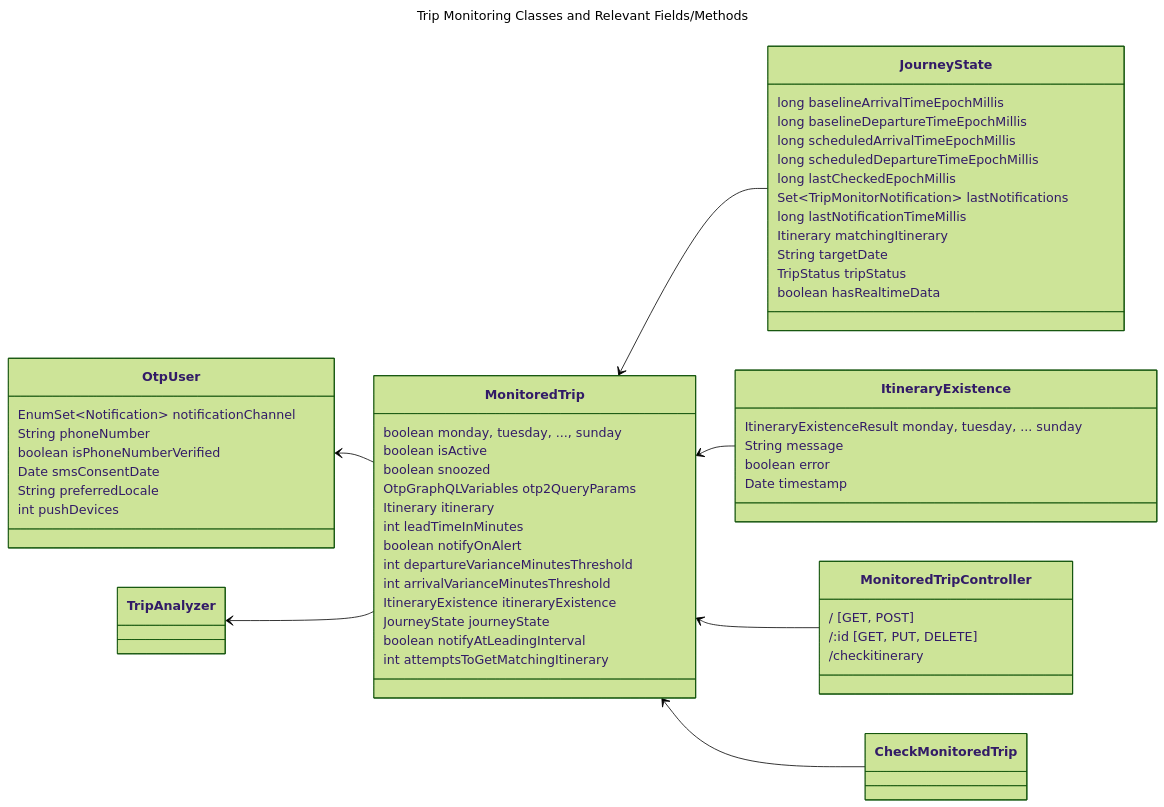
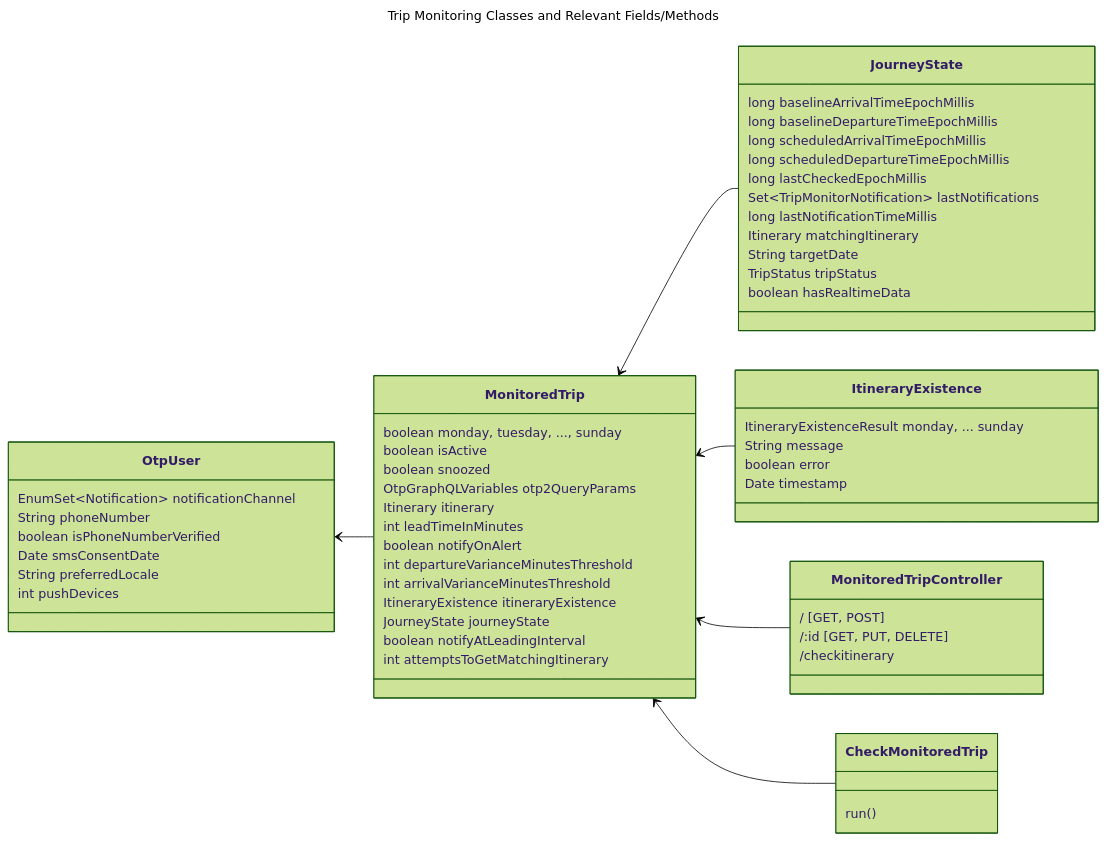
Before and after one commit to ibi-group/otp-middleware: the first of 4 diagrams in docs/trip-monitoring.md, drawn with Mermaid (forest theme). The commit also changed other lines of this file, not shown here.

Commit message:
docs(trip-monitoring): Improve CheckMonitorTrip section [skip ci]

````diff
--- a/docs/trip-monitoring.md
+++ b/docs/trip-monitoring.md
@@ -15,61 +15,63 @@
 ```mermaid
 ---
 title: Trip Monitoring Classes and Relevant Fields/Methods
 ---
 classDiagram
     direction RL
     class OtpUser {
         EnumSet~Notification~ notificationChannel
         String phoneNumber
         boolean isPhoneNumberVerified
         Date smsConsentDate
         String preferredLocale
         int pushDevices
     }
     class MonitoredTrip {
         boolean monday, tuesday, ..., sunday
         boolean isActive
         boolean snoozed
         OtpGraphQLVariables otp2QueryParams
         Itinerary itinerary
         int leadTimeInMinutes
         boolean notifyOnAlert
         int departureVarianceMinutesThreshold
         int arrivalVarianceMinutesThreshold
         ItineraryExistence itineraryExistence
         JourneyState journeyState
         boolean notifyAtLeadingInterval
         int attemptsToGetMatchingItinerary
     }
     class JourneyState {
         long baselineArrivalTimeEpochMillis
         long baselineDepartureTimeEpochMillis
         long scheduledArrivalTimeEpochMillis
         long scheduledDepartureTimeEpochMillis
         long lastCheckedEpochMillis
         Set~TripMonitorNotification~ lastNotifications
         long lastNotificationTimeMillis
         Itinerary matchingItinerary
         String targetDate
         TripStatus tripStatus
         boolean hasRealtimeData
     }
     class ItineraryExistence {
-        ItineraryExistenceResult monday, tuesday, ... sunday
+        ItineraryExistenceResult monday, ... sunday
         String message
         boolean error
         Date timestamp
     }
     class MonitoredTripController {
         / [GET, POST]
         /:id [GET, PUT, DELETE]
         /checkitinerary
     }
+    class CheckMonitoredTrip {
+        run()
+    }
     MonitoredTrip --> OtpUser
-    MonitoredTrip --> TripAnalyzer
     JourneyState --> MonitoredTrip
     ItineraryExistence --> MonitoredTrip
     MonitoredTripController --> MonitoredTrip
     CheckMonitoredTrip --> MonitoredTrip
 
 ```
````
